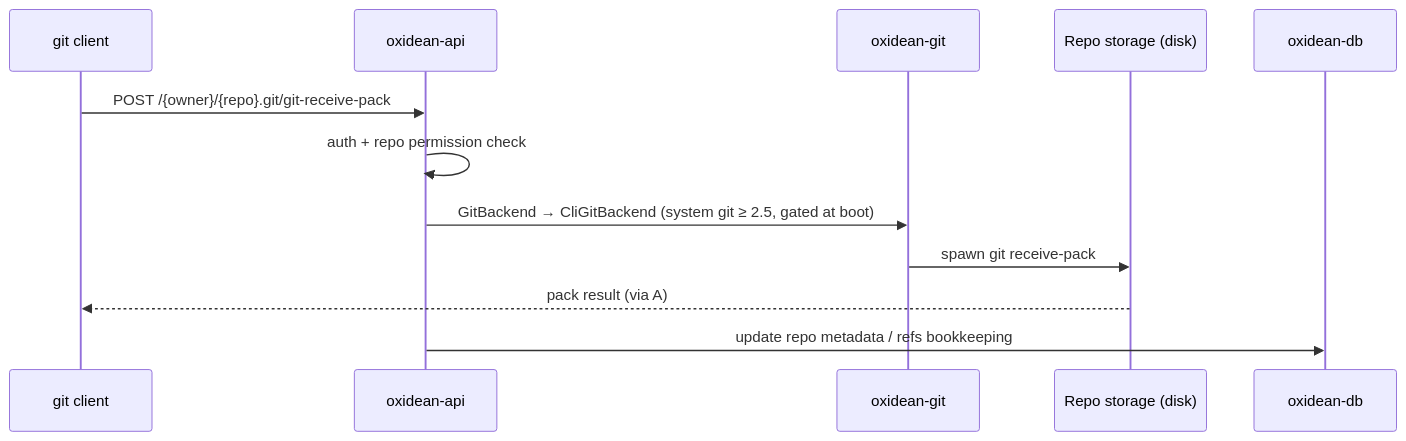
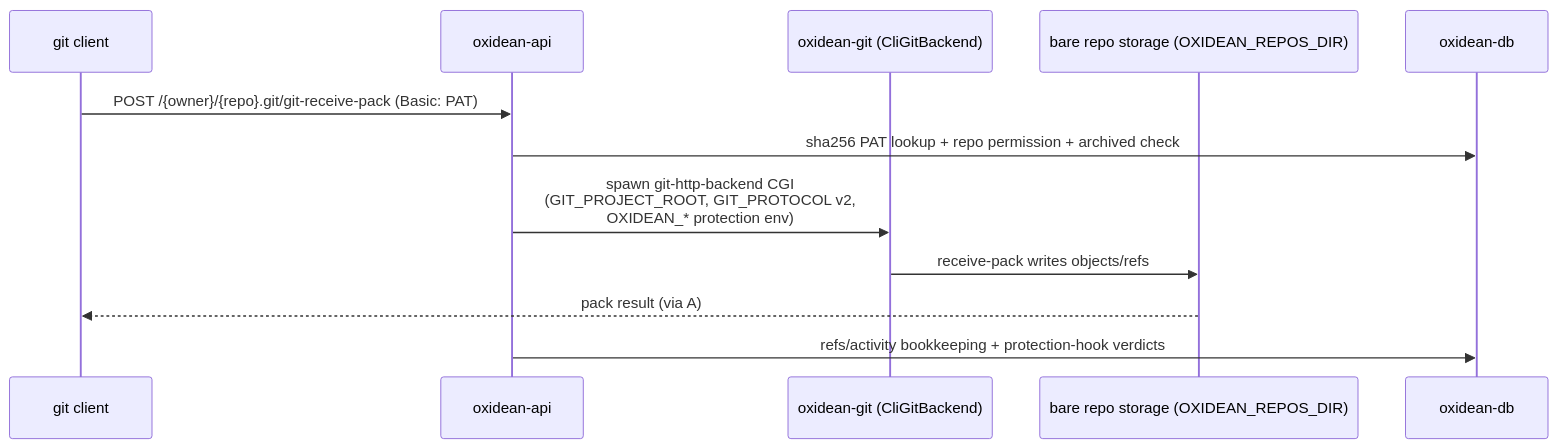
Before and after one commit to oxidean/oxidean: the fourth of 7 diagrams in aidlc/spaces/default/codekb/oxidean-app/architecture.md, drawn with Mermaid. The commit also changed other lines of this file and 623 other files, not shown here.

First line of the commit message:
feat(vcs): side-by-side agentic source-control protocol alongside Git (#159)

````diff
--- a/aidlc/spaces/default/codekb/oxidean-app/architecture.md
+++ b/aidlc/spaces/default/codekb/oxidean-app/architecture.md
@@ -196,15 +213,15 @@
 ```mermaid
 sequenceDiagram
     participant G as git client
     participant A as oxidean-api
-    participant GB as oxidean-git
-    participant FS as Repo storage (disk)
+    participant GB as oxidean-git (CliGitBackend)
+    participant FS as bare repo storage (OXIDEAN_REPOS_DIR)
     participant D as oxidean-db
 
-    G->>A: POST /{owner}/{repo}.git/git-receive-pack
-    A->>A: auth + repo permission check
-    A->>GB: GitBackend → CliGitBackend (system git ≥ 2.5, gated at boot)
-    GB->>FS: spawn git receive-pack
+    G->>A: POST /{owner}/{repo}.git/git-receive-pack (Basic: PAT)
+    A->>D: sha256 PAT lookup + repo permission + archived check
+    A->>GB: spawn git-http-backend CGI<br/>(GIT_PROJECT_ROOT, GIT_PROTOCOL v2,<br/>OXIDEAN_* protection env)
+    GB->>FS: receive-pack writes objects/refs
     FS-->>G: pack result (via A)
-    A->>D: update repo metadata / refs bookkeeping
+    A->>D: refs/activity bookkeeping + protection-hook verdicts
 ```
````
